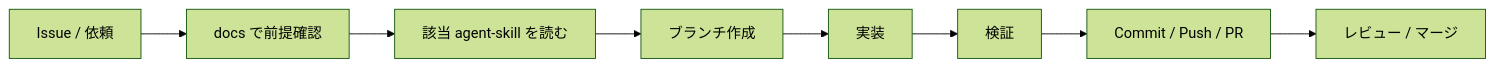
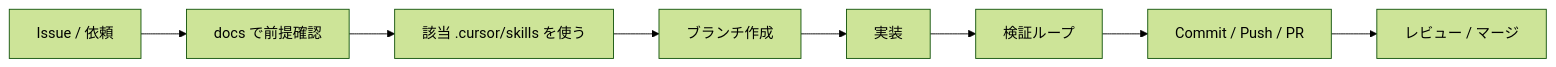
Before and after one commit to ike-gagagami97/my-recipe: the diagram in docs/development/workflow.md, drawn with Mermaid (forest theme). The commit also changed other lines of this file and 25 other files, not shown here.

First line of the commit message:
Align agent layout with Cursor-native paths

````diff
--- a/docs/development/workflow.md
+++ b/docs/development/workflow.md
@@ -14,10 +14,10 @@
 ```mermaid
 flowchart LR
   A[Issue / 依頼] --> B[docs で前提確認]
-  B --> C[該当 agent-skill を読む]
+  B --> C[該当 .cursor/skills を使う]
   C --> D[ブランチ作成]
   D --> E[実装]
-  E --> F[検証]
+  E --> F[検証ループ]
   F --> G[Commit / Push / PR]
   G --> H[レビュー / マージ]
 ```
````
